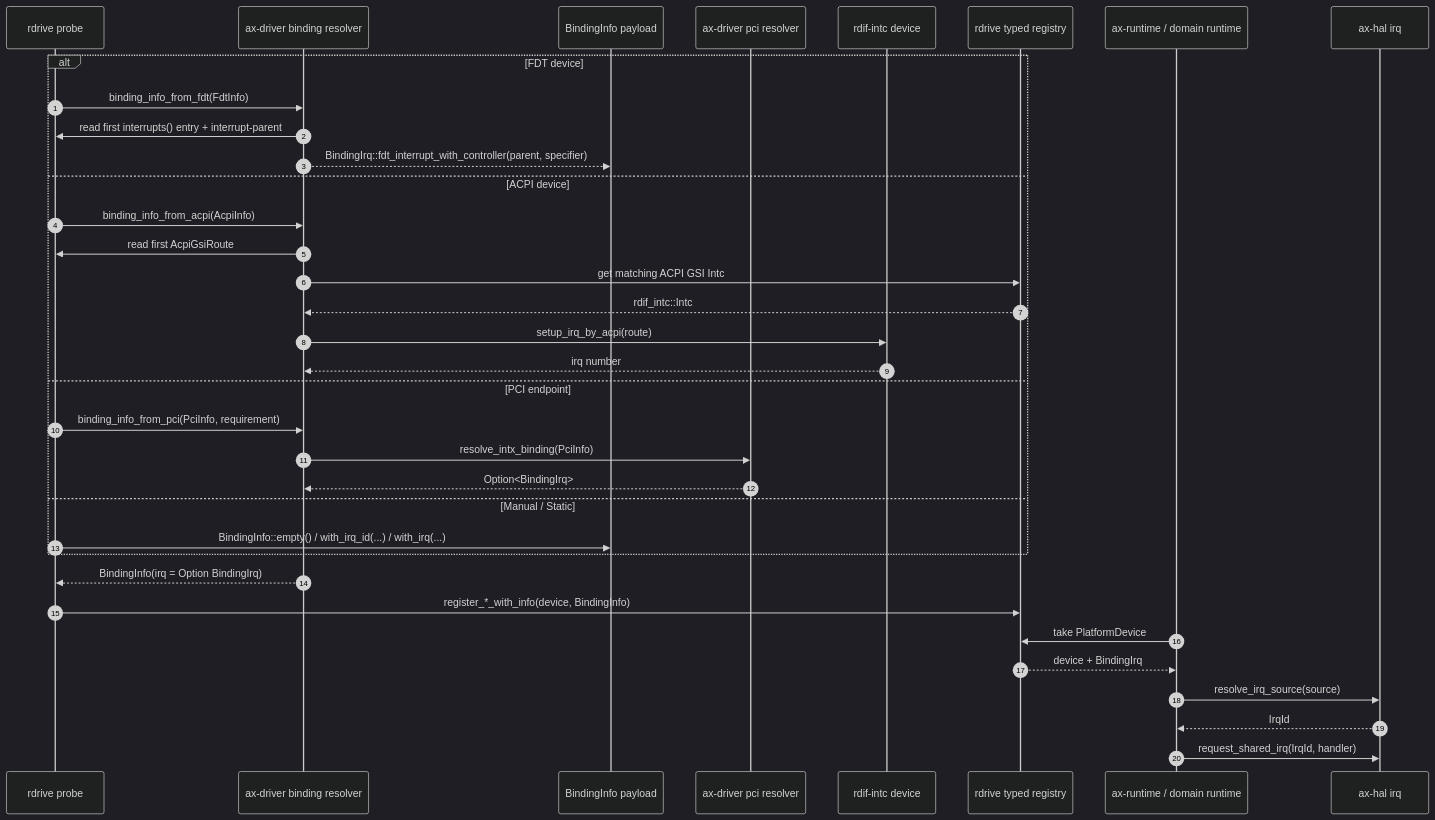
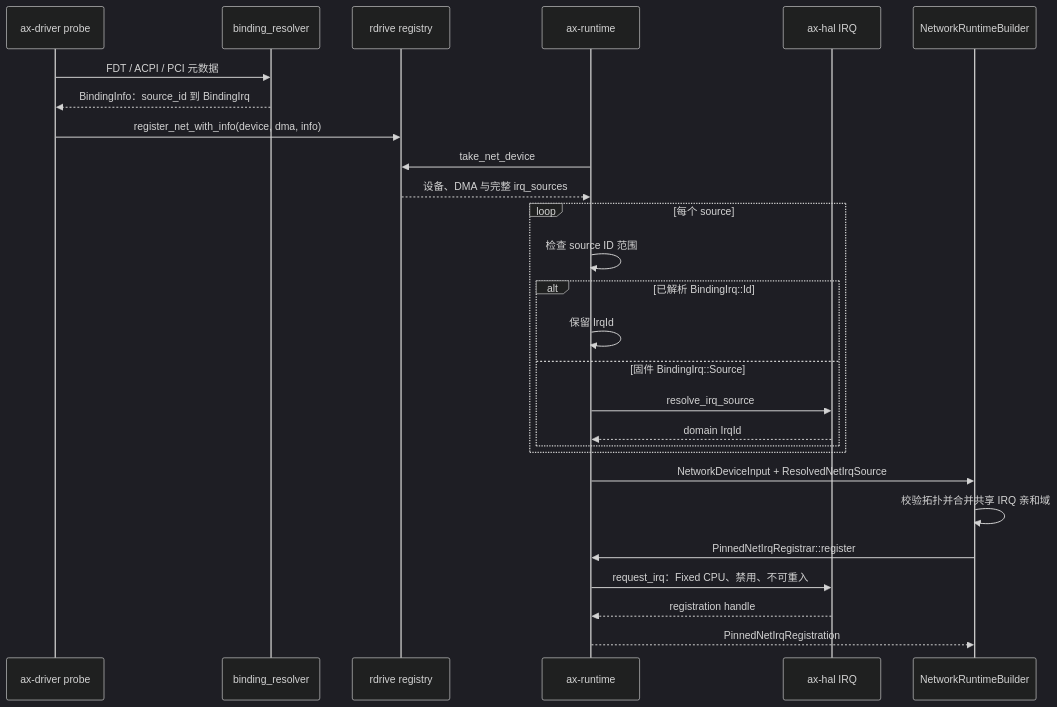
The first of 2 diagrams in docs/docs/architecture/driver/irq.md (rcore-os/tgoskits), drawn with Mermaid (dark theme) before and after one commit. The commit also changed other lines of this file and 10 other files, not shown here.

First line of the commit message:
Refactor network driver architecture and update documentation

````diff
--- a/docs/docs/architecture/driver/irq.md
+++ b/docs/docs/architecture/driver/irq.md
@@ -49,39 +88,29 @@
 ```mermaid
 sequenceDiagram
-    autonumber
-    participant Probe as rdrive probe
-    participant Resolver as ax-driver binding resolver
-    participant Binding as BindingInfo payload
-    participant Pci as ax-driver pci resolver
-    participant Intc as rdif-intc device
-    participant Registry as rdrive typed registry
-    participant Runtime as ax-runtime / domain runtime
-    participant Hal as ax-hal irq
-
-    alt FDT device
-        Probe->>Resolver: binding_info_from_fdt(FdtInfo)
-        Resolver->>Probe: read first interrupts() entry + interrupt-parent
-        Resolver-->>Binding: BindingIrq::fdt_interrupt_with_controller(parent, specifier)
-    else ACPI device
-        Probe->>Resolver: binding_info_from_acpi(AcpiInfo)
-        Resolver->>Probe: read first AcpiGsiRoute
-        Resolver->>Registry: get matching ACPI GSI Intc
-        Registry-->>Resolver: rdif_intc::Intc
-        Resolver->>Intc: setup_irq_by_acpi(route)
-        Intc-->>Resolver: irq number
-    else PCI endpoint
-        Probe->>Resolver: binding_info_from_pci(PciInfo, requirement)
-        Resolver->>Pci: resolve_intx_binding(PciInfo)
-        Pci-->>Resolver: Option<BindingIrq>
-    else Manual / Static
-        Probe->>Binding: BindingInfo::empty() / with_irq_id(...) / with_irq(...)
+    participant Probe as ax-driver probe
+    participant Resolver as binding_resolver
+    participant Registry as rdrive registry
+    participant Runtime as ax-runtime
+    participant HAL as ax-hal IRQ
+    participant Builder as NetworkRuntimeBuilder
+    Probe->>Resolver: FDT / ACPI / PCI 元数据
+    Resolver-->>Probe: BindingInfo：source_id 到 BindingIrq
+    Probe->>Registry: register_net_with_info(device, dma, info)
+    Runtime->>Registry: take_net_device
+    Registry-->>Runtime: 设备、DMA 与完整 irq_sources
+    loop 每个 source
+        Runtime->>Runtime: 检查 source ID 范围
+        alt 已解析 BindingIrq::Id
+            Runtime->>Runtime: 保留 IrqId
+        else 固件 BindingIrq::Source
+            Runtime->>HAL: resolve_irq_source
+            HAL-->>Runtime: domain IrqId
+        end
     end
-
-    Resolver-->>Probe: BindingInfo(irq = Option BindingIrq)
-    Probe->>Registry: register_*_with_info(device, BindingInfo)
-    Runtime->>Registry: take PlatformDevice
-    Registry-->>Runtime: device + BindingIrq
-    Runtime->>Hal: resolve_irq_source(source)
-    Hal-->>Runtime: IrqId
-    Runtime->>Hal: request_shared_irq(IrqId, handler)
+    Runtime->>Builder: NetworkDeviceInput + ResolvedNetIrqSource
+    Builder->>Builder: 校验拓扑并合并共享 IRQ 亲和域
+    Builder->>Runtime: PinnedNetIrqRegistrar::register
+    Runtime->>HAL: request_irq：Fixed CPU、禁用、不可重入
+    HAL-->>Runtime: registration handle
+    Runtime-->>Builder: PinnedNetIrqRegistration
 ```
````
